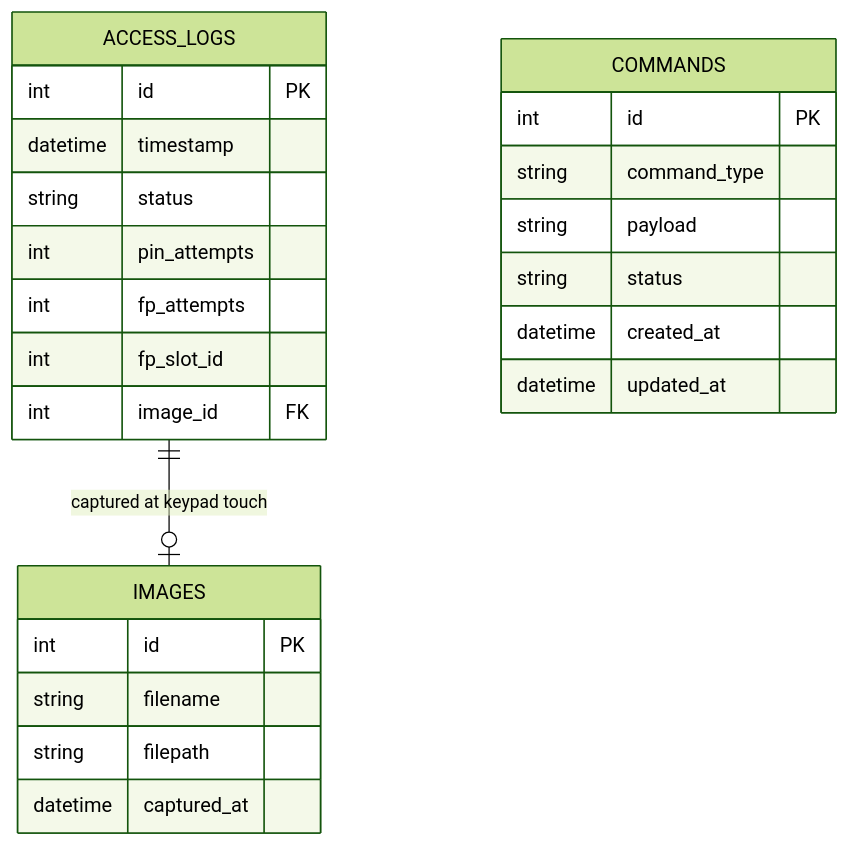
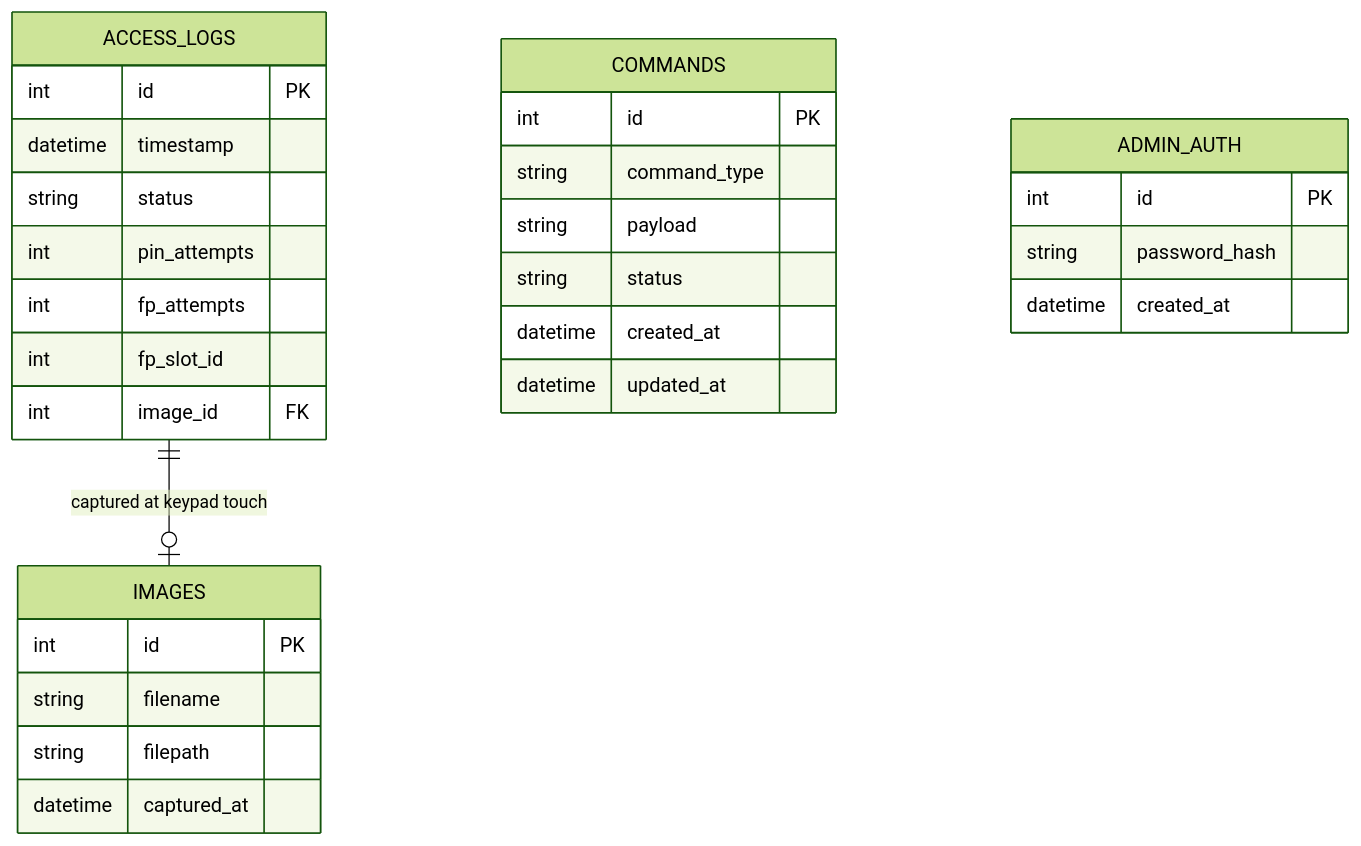
One commit to kingksjo/safe-lock changed the third of 5 diagrams in spec.md. Above: the diagram before and after it, drawn with Mermaid (forest theme). The commit also changed other lines of this file and 28 other files, not shown here.

Commit message:
feat: add desktop packaging and server-side admin auth

````diff
--- a/spec.md
+++ b/spec.md
@@ -160,27 +160,32 @@
 ```mermaid
 erDiagram
     ACCESS_LOGS {
         int id PK
         datetime timestamp
         string status
         int pin_attempts
         int fp_attempts
         int fp_slot_id
         int image_id FK
     }
     IMAGES {
         int id PK
         string filename
         string filepath
         datetime captured_at
     }
     COMMANDS {
         int id PK
         string command_type
         string payload
         string status
         datetime created_at
         datetime updated_at
     }
+    ADMIN_AUTH {
+        int id PK
+        string password_hash
+        datetime created_at
+    }
     ACCESS_LOGS ||--o| IMAGES : "captured at keypad touch"
 ```
````
